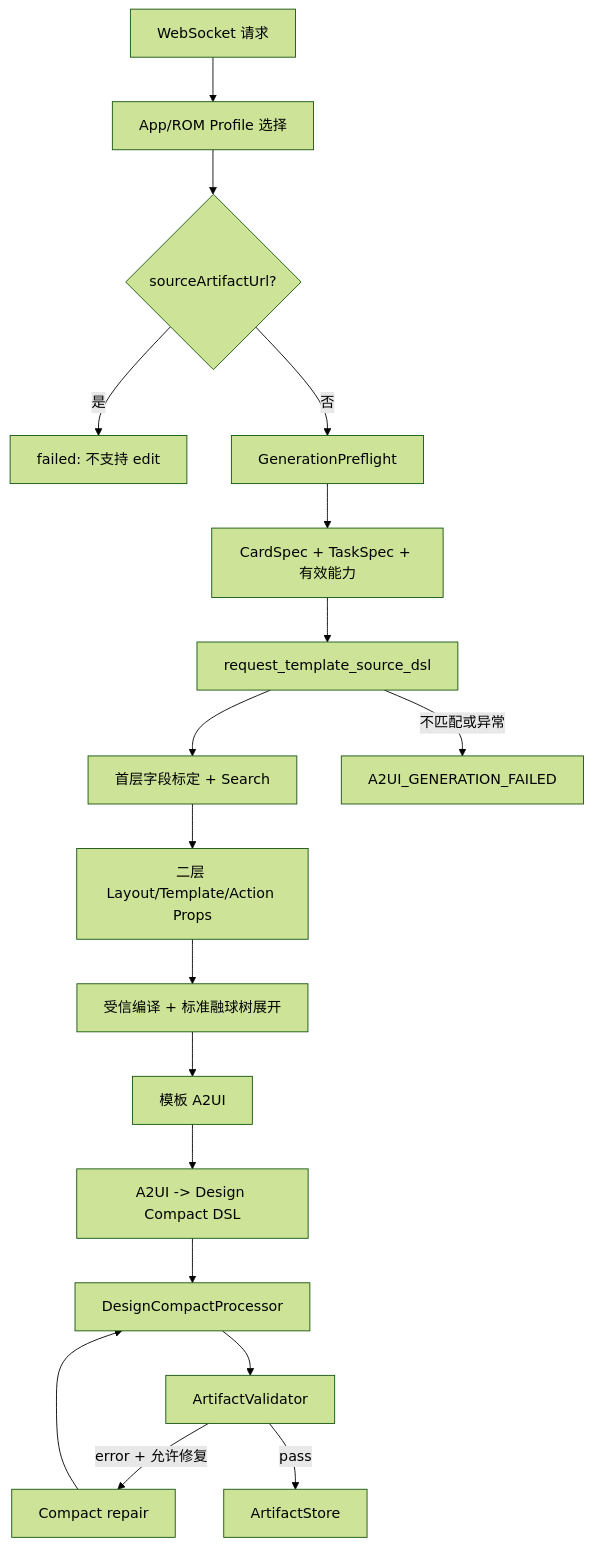
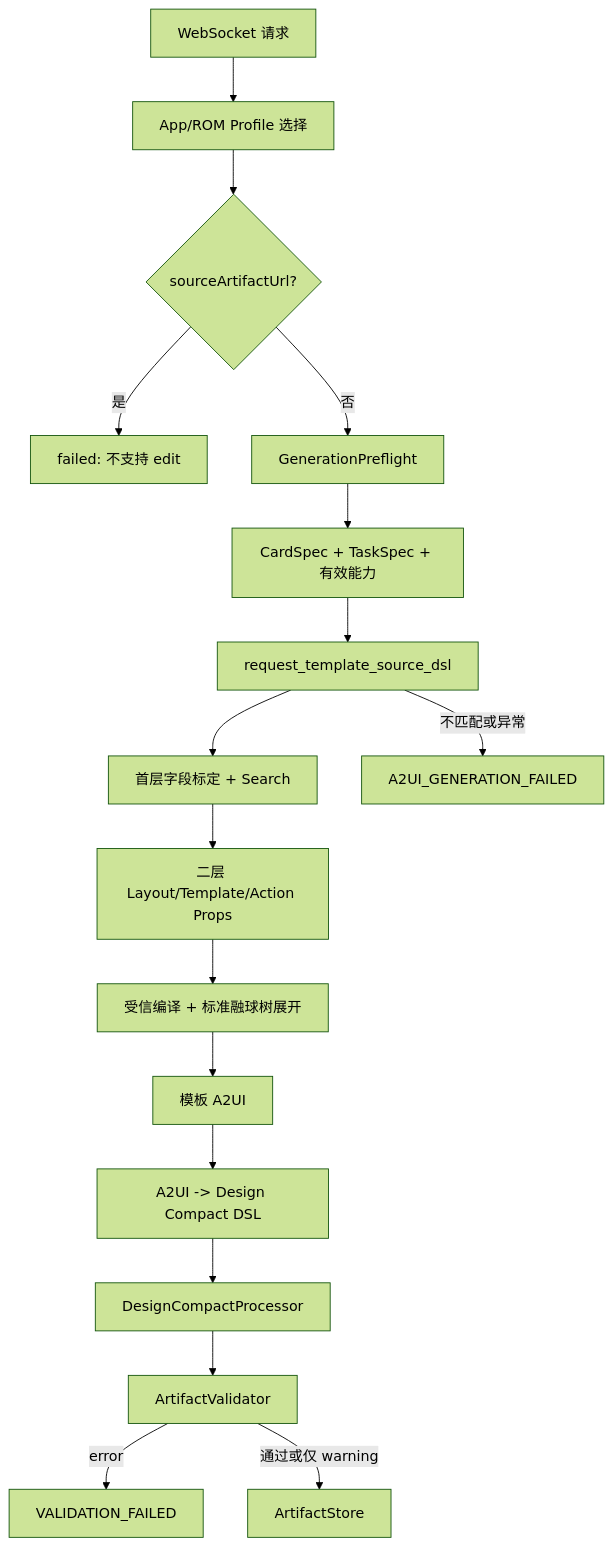
Before and after one commit to InnovationTea/CreateMyCard: the diagram in widget_service/cloud/services/template_generation/docs/tersel-data-flow.md, drawn with Mermaid (forest theme). The commit also changed other lines of this file and 14 other files, not shown here.

````diff
--- a/widget_service/cloud/services/template_generation/docs/tersel-data-flow.md
+++ b/widget_service/cloud/services/template_generation/docs/tersel-data-flow.md
@@ -46,20 +46,19 @@
 ```mermaid
 flowchart TD
     WS[WebSocket 请求] --> PROFILE[App/ROM Profile 选择]
     PROFILE --> EDIT{sourceArtifactUrl?}
     EDIT -->|是| REJECT[failed: 不支持 edit]
     EDIT -->|否| PREFLIGHT[GenerationPreflight]
     PREFLIGHT --> SPECS[CardSpec + TaskSpec + 有效能力]
     SPECS --> TEMPLATE[request_template_source_dsl]
     TEMPLATE --> FIRST[首层字段标定 + Search]
     FIRST --> SECOND[二层 Layout/Template/Action Props]
     SECOND --> COMPILE[受信编译 + 标准融球树展开]
     COMPILE --> A2UI[模板 A2UI]
     A2UI --> COMPACT[A2UI -> Design Compact DSL]
     COMPACT --> PROCESS[DesignCompactProcessor]
     PROCESS --> VALIDATE[ArtifactValidator]
-    VALIDATE -->|error + 允许修复| REPAIR[Compact repair]
-    REPAIR --> PROCESS
-    VALIDATE -->|pass| SAVE[ArtifactStore]
+    VALIDATE -->|error| INVALID[VALIDATION_FAILED]
+    VALIDATE -->|通过或仅 warning| SAVE[ArtifactStore]
     TEMPLATE -->|不匹配或异常| FAIL[A2UI_GENERATION_FAILED]
 ```
````
